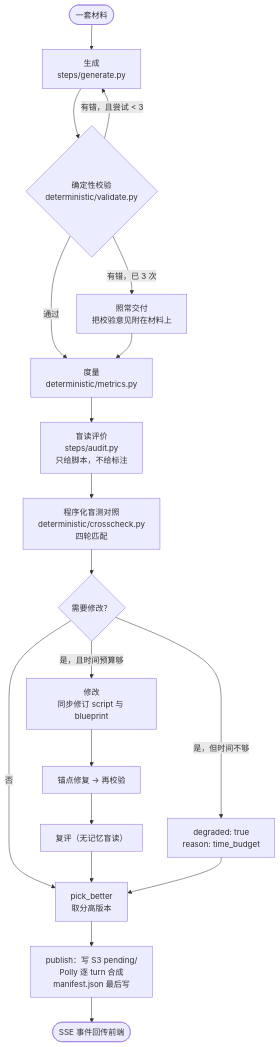
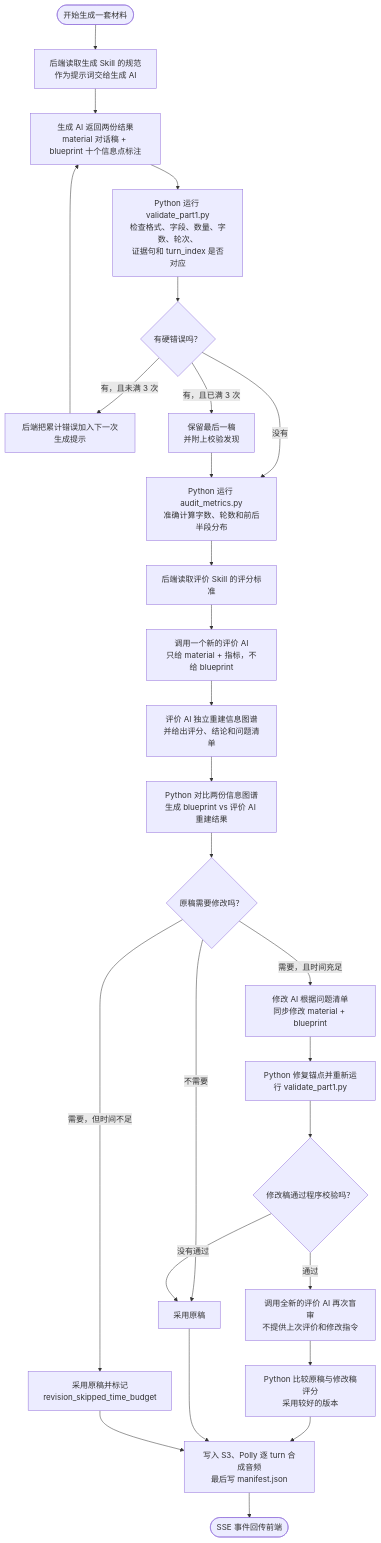
The second of 2 diagrams in README.md (wanglingxiao123/ielts-part1-generator), drawn with Mermaid before and after one commit. The commit also changed other lines of this file, not shown here.

````diff
--- a/README.md
+++ b/README.md
@@ -80,22 +103,29 @@
 ```mermaid
 flowchart TD
-    S(["一套材料"]) --> G["生成<br/>steps/generate.py"]
-    G --> V1{"确定性校验<br/>deterministic/validate.py"}
-    V1 -- "有错，且尝试 < 3" --> G
-    V1 -- "有错，已 3 次" --> DELIVER1["照常交付<br/>把校验意见附在材料上"]
-    V1 -- 通过 --> M
-
-    DELIVER1 --> M["度量<br/>deterministic/metrics.py"]
-    M --> A["盲读评价<br/>steps/audit.py<br/>只给脚本，不给标注"]
-    A --> X["程序化盲测对照<br/>deterministic/crosscheck.py<br/>四轮匹配"]
-    X --> D{"需要修改？"}
-    D -- 否 --> P
-    D -- "是，且时间预算够" --> R["修改<br/>同步修订 script 与 blueprint"]
-    D -- "是，但时间不够" --> DEG["degraded: true<br/>reason: time_budget"]
-    R --> AR["锚点修复 → 再校验"]
-    AR --> A2["复评（无记忆盲读）"]
-    A2 --> P["pick_better<br/>取分高版本"]
-    DEG --> P
-    P --> PUB["publish：写 S3 pending/<br/>Polly 逐 turn 合成<br/>manifest.json 最后写"]
+    S(["开始生成一套材料"]) --> GP["后端读取生成 Skill 的规范<br/>作为提示词交给生成 AI"]
+    GP --> G["生成 AI 返回两份结果<br/>material 对话稿 + blueprint 十个信息点标注"]
+    G --> V["Python 运行 validate_part1.py<br/>检查格式、字段、数量、字数、轮次、<br/>证据句和 turn_index 是否对应"]
+    V --> VD{"有硬错误吗？"}
+    VD -- "有，且未满 3 次" --> FB["后端把累计错误加入下一次生成提示"]
+    FB --> G
+    VD -- "没有" --> M
+    VD -- "有，且已满 3 次" --> VF["保留最后一稿<br/>并附上校验发现"]
+    VF --> M["Python 运行 audit_metrics.py<br/>准确计算字数、轮数和前后半段分布"]
+    M --> AP["后端读取评价 Skill 的评分标准"]
+    AP --> A["调用一个新的评价 AI<br/>只给 material + 指标，不给 blueprint"]
+    A --> IM["评价 AI 独立重建信息图谱<br/>并给出评分、结论和问题清单"]
+    IM --> X["Python 对比两份信息图谱<br/>生成 blueprint vs 评价 AI 重建结果"]
+    X --> D{"原稿需要修改吗？"}
+    D -- "不需要" --> P["采用原稿"]
+    D -- "需要，但时间不足" --> DEG["采用原稿并标记<br/>revision_skipped_time_budget"]
+    D -- "需要，且时间充足" --> R["修改 AI 根据问题清单<br/>同步修改 material + blueprint"]
+    R --> RV["Python 修复锚点并重新运行 validate_part1.py"]
+    RV --> RVD{"修改稿通过程序校验吗？"}
+    RVD -- "没有通过" --> P
+    RVD -- "通过" --> A2["调用全新的评价 AI 再次盲审<br/>不提供上次评价和修改指令"]
+    A2 --> PB["Python 比较原稿与修改稿评分<br/>采用较好的版本"]
+    PB --> PUB
+    P --> PUB["写入 S3、Polly 逐 turn 合成音频<br/>最后写 manifest.json"]
+    DEG --> PUB
     PUB --> E(["SSE 事件回传前端"])
 ```
````
